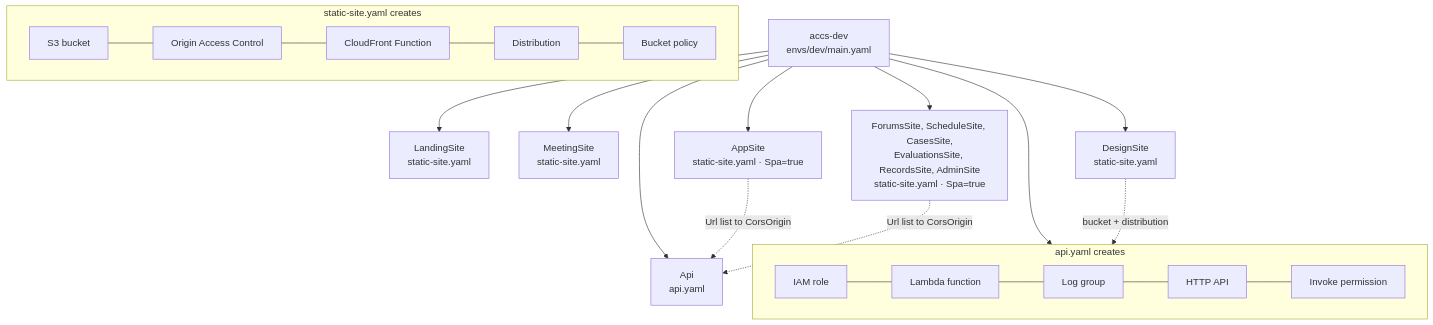
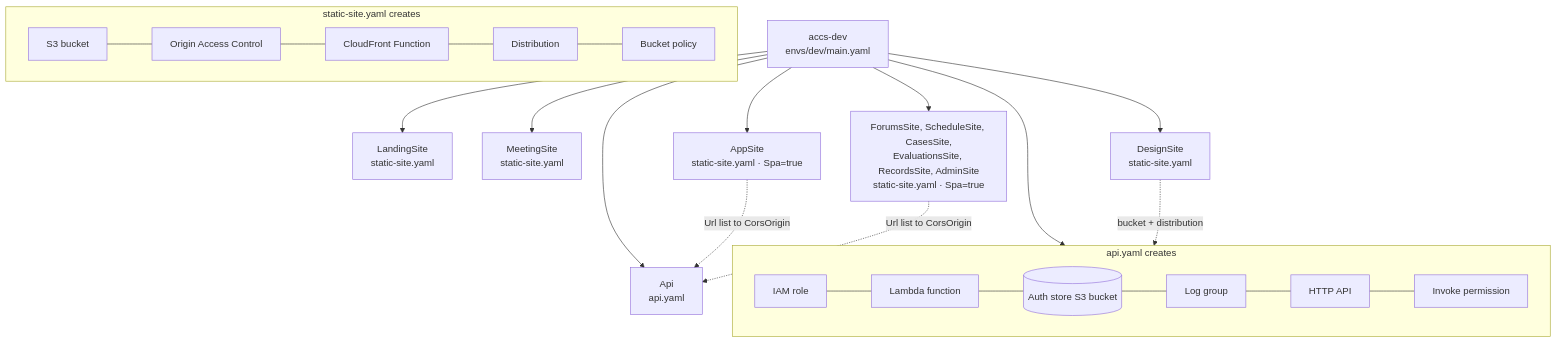
One commit to MeetingAt10/accs-architecture changed the second of 4 diagrams in README.md. Above: the diagram before and after it, drawn with Mermaid. The commit also changed other lines of this file and 1 other file, not shown here.

Commit message:
feat: add private S3 auth store for API accounts
The API Lambda now gets AUTH_STORE_BUCKET and may read and write only
auth-store.json in a private, encrypted, versioned bucket that is kept
on stack delete. Registered accounts and password hashes survive cold
starts and are shared by every Lambda instance.

````diff
--- a/README.md
+++ b/README.md
@@ -60,22 +61,22 @@
 ```mermaid
 flowchart TB
   root["accs-dev<br/>envs/dev/main.yaml"]
   root --> landing["LandingSite<br/>static-site.yaml"]
   root --> meeting["MeetingSite<br/>static-site.yaml"]
   root --> app["AppSite<br/>static-site.yaml · Spa=true"]
   root --> modules["ForumsSite, ScheduleSite, CasesSite,<br/>EvaluationsSite, RecordsSite, AdminSite<br/>static-site.yaml · Spa=true"]
   root --> design["DesignSite<br/>static-site.yaml"]
   root --> role["DesignDeployRole<br/>github-deploy-role.yaml"]
   design -. bucket + distribution .-> role
   root --> api["Api<br/>api.yaml"]
   app & modules -. Url list to CorsOrigin .-> api
 
   subgraph site["static-site.yaml creates"]
     direction LR
     b[S3 bucket] --- oac[Origin Access Control] --- cff[CloudFront Function] --- dist[Distribution] --- pol[Bucket policy]
   end
   subgraph apit["api.yaml creates"]
     direction LR
-    role[IAM role] --- f[Lambda function] --- lg[Log group] --- http[HTTP API] --- perm[Invoke permission]
+    role[IAM role] --- f[Lambda function] --- ab[(Auth store S3 bucket)] --- lg[Log group] --- http[HTTP API] --- perm[Invoke permission]
   end
 ```
````
